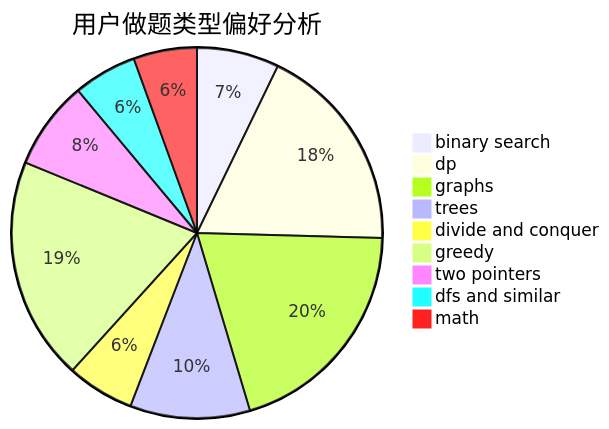
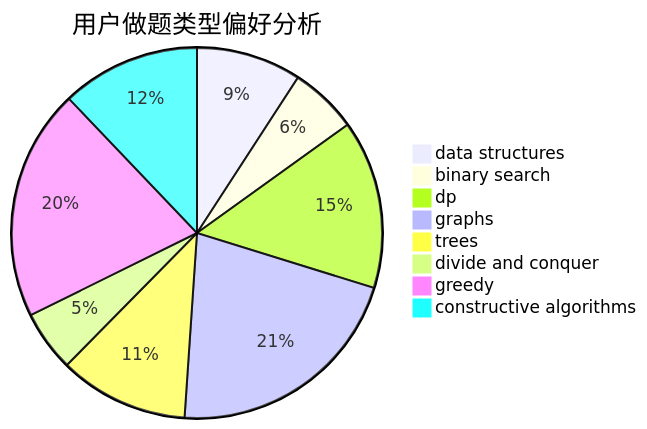
The second of 3 diagrams in docs/user/u727.md (sherpahu/cfrs.github.io), drawn with Mermaid before and after one commit. The commit also changed other lines of this file and 2775 other files, not shown here.

````diff
--- a/docs/user/u727.md
+++ b/docs/user/u727.md
@@ -23,12 +23,11 @@
 ```mermaid
 pie title 用户做题类型偏好分析
-    "binary search" :  105
-    "dp" :  267
-    "graphs" :  292
+    "data structures" :  124
+    "binary search" :  80
+    "dp" :  199
+    "graphs" :  288
     "trees" :  153
-    "divide and conquer" :  86
-    "greedy" :  285
-    "two pointers" :  113
-    "dfs and similar" :  81
-    "math" :  81
+    "divide and conquer" :  72
+    "greedy" :  273
+    "constructive algorithms" :  164
 ```
````
